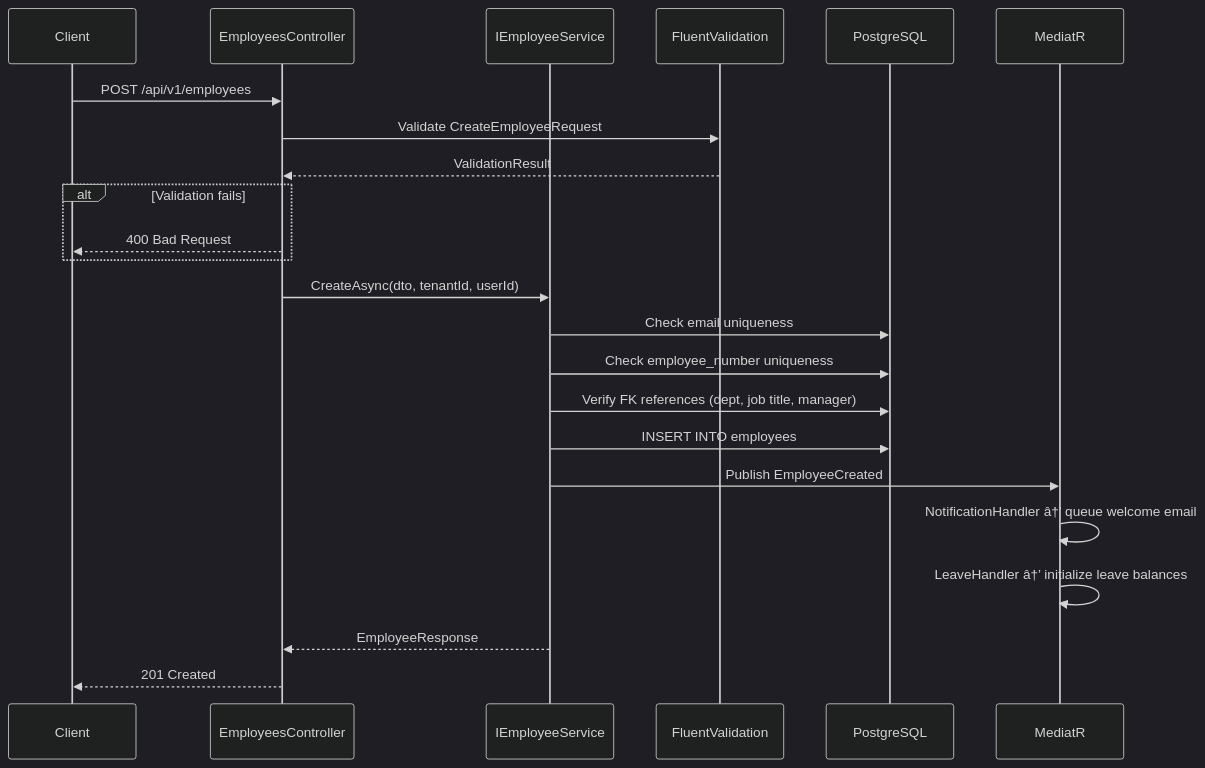
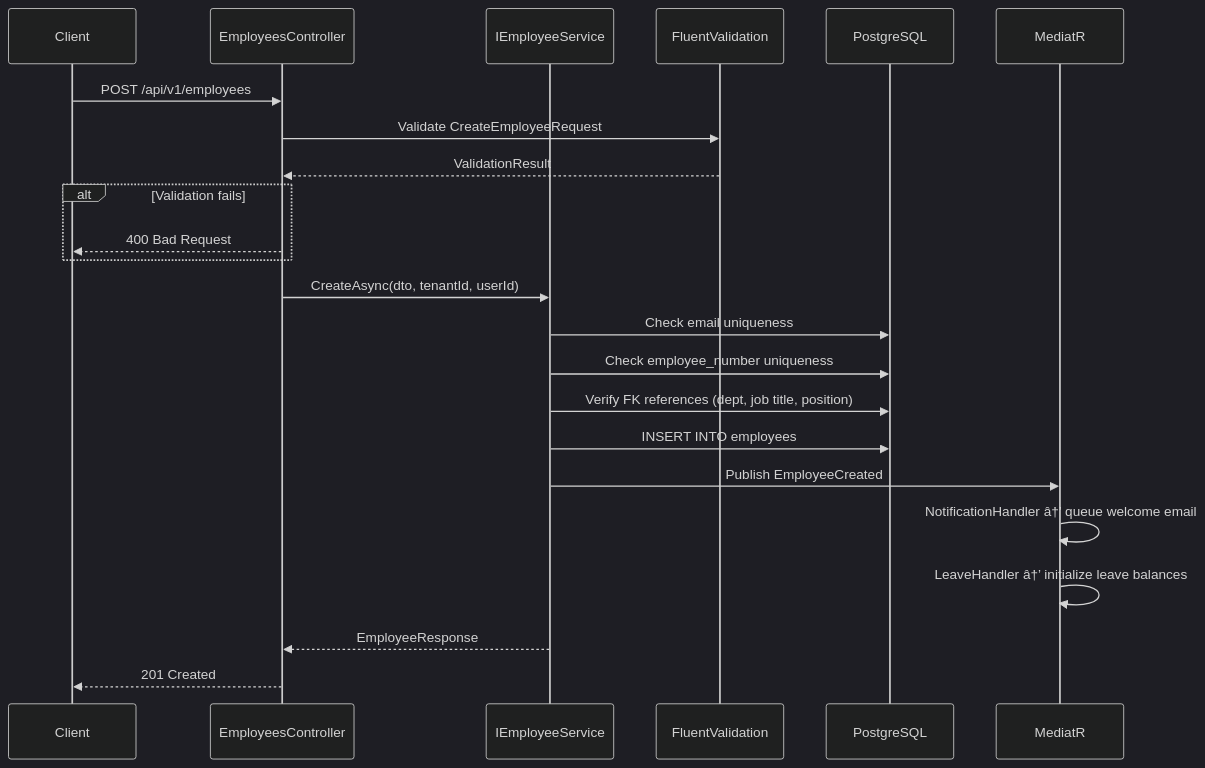
Before and after one commit to Thivaharan-25/OneVo-HR: the diagram in modules/core-hr/employee-profiles/end-to-end-logic.md, drawn with Mermaid (dark theme). The commit also changed other lines of this file and 288 other files, not shown here.

````diff
--- a/modules/core-hr/employee-profiles/end-to-end-logic.md
+++ b/modules/core-hr/employee-profiles/end-to-end-logic.md
@@ -87,26 +87,26 @@
 ```mermaid
 sequenceDiagram
     participant Client
     participant Controller as EmployeesController
     participant Service as IEmployeeService
     participant Validator as FluentValidation
     participant DB as PostgreSQL
     participant Bus as MediatR
 
     Client->>Controller: POST /api/v1/employees
     Controller->>Validator: Validate CreateEmployeeRequest
     Validator-->>Controller: ValidationResult
     alt Validation fails
         Controller-->>Client: 400 Bad Request
     end
     Controller->>Service: CreateAsync(dto, tenantId, userId)
     Service->>DB: Check email uniqueness
     Service->>DB: Check employee_number uniqueness
-    Service->>DB: Verify FK references (dept, job title, manager)
+    Service->>DB: Verify FK references (dept, job title, position)
     Service->>DB: INSERT INTO employees
     Service->>Bus: Publish EmployeeCreated
     Bus->>Bus: NotificationHandler â†’ queue welcome email
     Bus->>Bus: LeaveHandler â†’ initialize leave balances
     Service-->>Controller: EmployeeResponse
     Controller-->>Client: 201 Created
 ```
````
